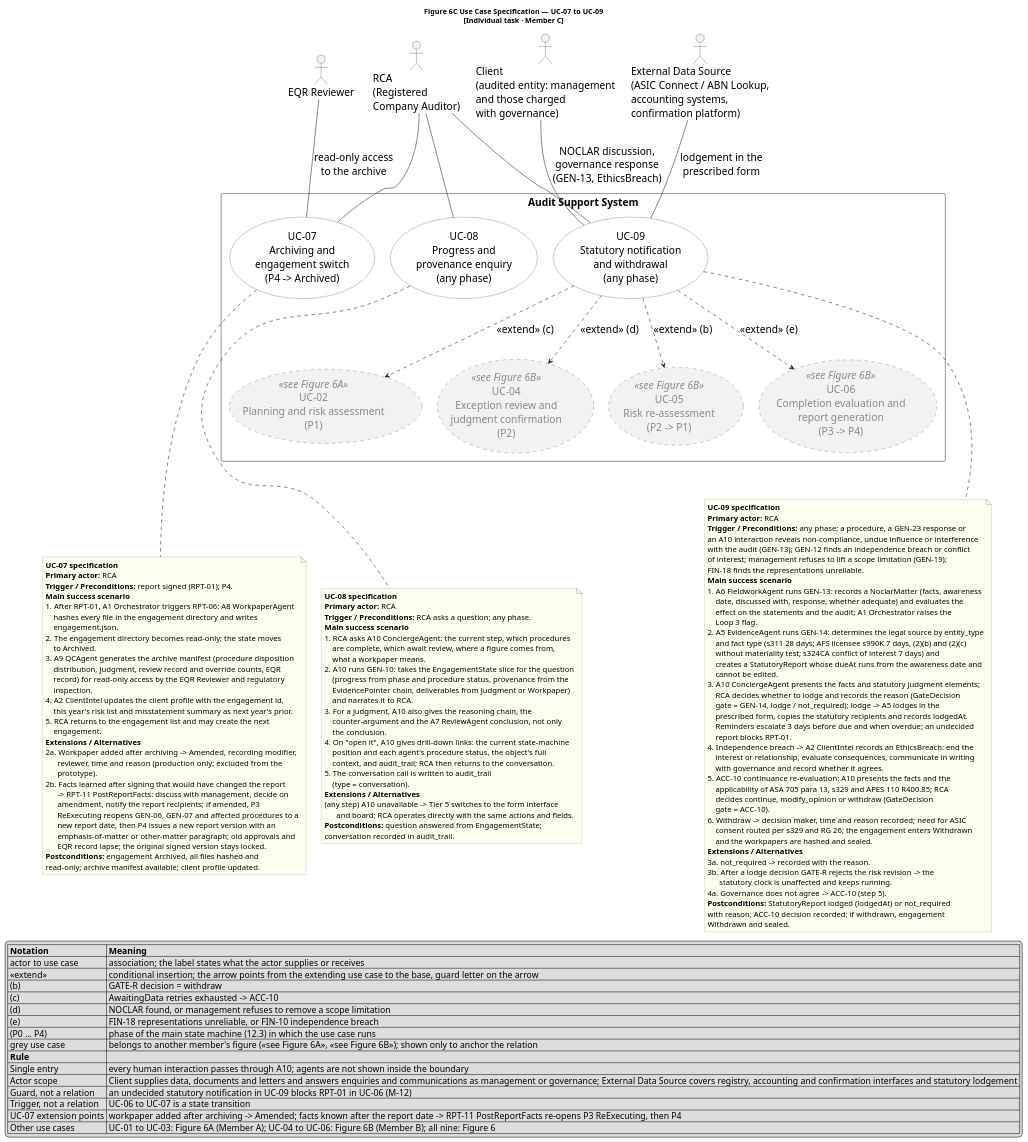
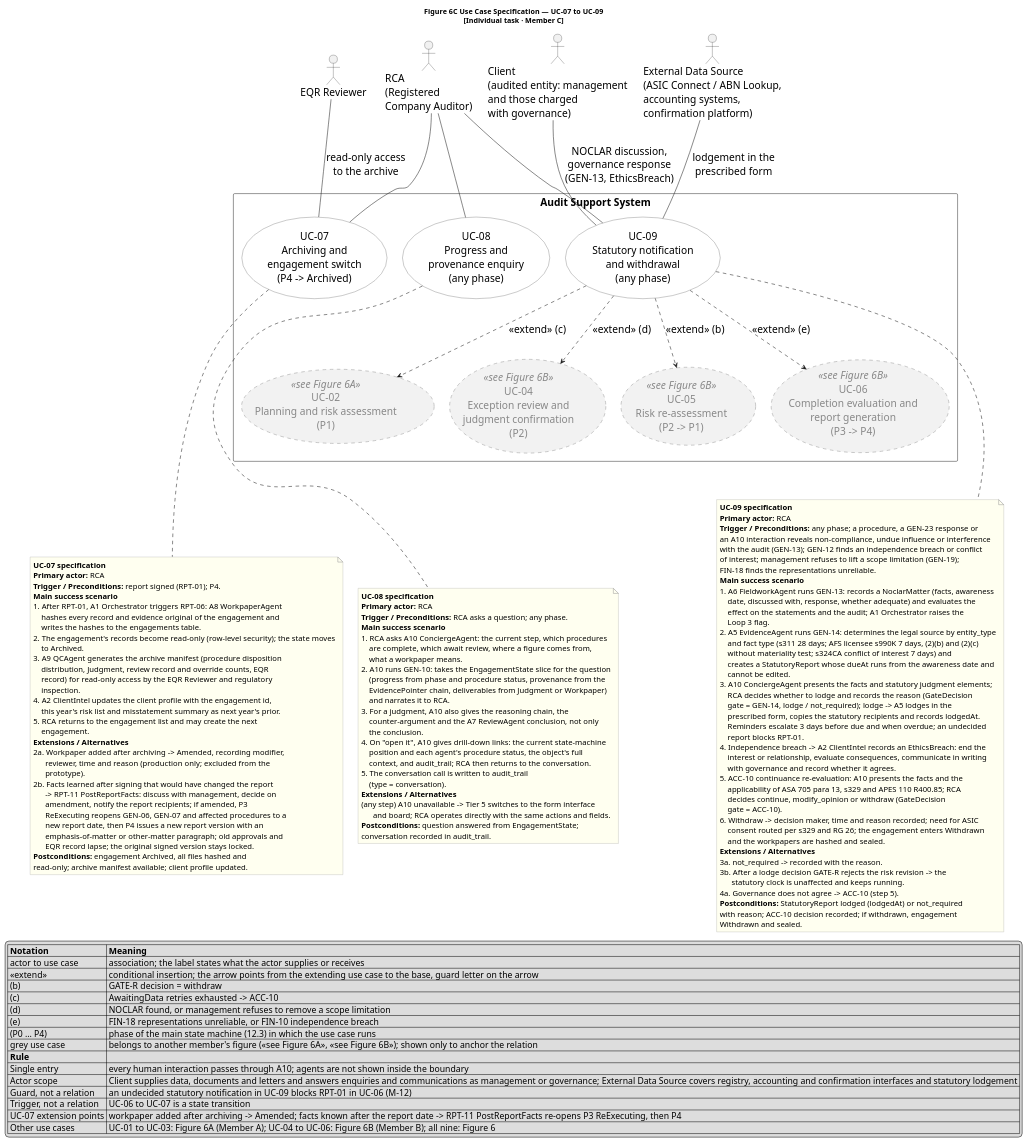
One commit to SilverHim/audit-agent changed the diagram in diagrams/usecase_spec_member_c.puml. Above: the diagram before and after it, drawn with PlantUML. The commit also changed 203 other files, not shown here.

```diff
--- a/diagrams/usecase_spec_member_c.puml
+++ b/diagrams/usecase_spec_member_c.puml
@@ -1,196 +1,196 @@
 @startuml usecase_spec_member_c
 title Figure 6C  Use Case Specification — UC-07 to UC-09\n[Individual task · Member C]
 
 skinparam shadowing false
 skinparam defaultFontSize 20
 skinparam packageStyle rectangle
 skinparam nodesep 30
 skinparam ranksep 90
 skinparam usecase {
   BackgroundColor #FFFFFF
   BorderColor #333333
 }
 skinparam rectangle {
   BorderColor #333333
   BackgroundColor #FFFFFF
 }
 skinparam note {
   FontSize 15
   BackgroundColor #FFFFF0
   BorderColor #999999
 }
 skinparam legend {
   FontSize 17
 }
 
 ' ================= Actors (top row) =================
 actor "EQR Reviewer" as EQR
 actor "RCA\n(Registered\nCompany Auditor)" as RCA
 actor "Client\n(audited entity: management\nand those charged\nwith governance)" as CL
 actor "External Data Source\n(ASIC Connect / ABN Lookup,\naccounting systems,\nconfirmation platform)" as EXT
 
 ' ================= System boundary =================
 rectangle "Audit Support System" as SYS {
   usecase "UC-07\nArchiving and\nengagement switch\n(P4 -> Archived)" as UC07
   usecase "UC-08\nProgress and\nprovenance enquiry\n(any phase)" as UC08
   usecase "UC-09\nStatutory notification\nand withdrawal\n(any phase)" as UC09
   usecase "UC-02\nPlanning and risk assessment\n(P1)" as UC02 <<see Figure 6A>> #F2F2F2;line:999999;text:888888;line.dashed
   usecase "UC-04\nException review and\njudgment confirmation\n(P2)" as UC04 <<see Figure 6B>> #F2F2F2;line:999999;text:888888;line.dashed
   usecase "UC-05\nRisk re-assessment\n(P2 -> P1)" as UC05 <<see Figure 6B>> #F2F2F2;line:999999;text:888888;line.dashed
   usecase "UC-06\nCompletion evaluation and\nreport generation\n(P3 -> P4)" as UC06 <<see Figure 6B>> #F2F2F2;line:999999;text:888888;line.dashed
 }
 
 ' ================= Associations =================
 RCA -- UC07
 RCA -- UC08
 RCA -- UC09
 
 CL -- UC09 : NOCLAR discussion,\ngovernance response\n(GEN-13, EthicsBreach)
 EXT -- UC09 : lodgement in the\nprescribed form
 EQR -- UC07 : read-only access\nto the archive
 
 ' ================= Use case relations (base use cases are in Figures 6A and 6B) =================
 UC09 .down.> UC05 : <<extend>> (b)
 UC09 .down.> UC02 : <<extend>> (c)
 UC09 .down.> UC04 : <<extend>> (d)
 UC09 .down.> UC06 : <<extend>> (e)
 
 ' ================= Use case specifications =================
 note as N07
 **UC-07 specification**
 **Primary actor:** RCA
 **Trigger / Preconditions:** report signed (RPT-01); P4.
 **Main success scenario**
 1. After RPT-01, A1 Orchestrator triggers RPT-06: A8 WorkpaperAgent
-    hashes every file in the engagement directory and writes
-    engagement.json.
-2. The engagement directory becomes read-only; the state moves
+    hashes every record and evidence original of the engagement and
+    writes the hashes to the engagements table.
+2. The engagement's records become read-only (row-level security); the state moves
     to Archived.
 3. A9 QCAgent generates the archive manifest (procedure disposition
     distribution, Judgment, review record and override counts, EQR
     record) for read-only access by the EQR Reviewer and regulatory
     inspection.
 4. A2 ClientIntel updates the client profile with the engagement id,
     this year's risk list and misstatement summary as next year's prior.
 5. RCA returns to the engagement list and may create the next
     engagement.
 **Extensions / Alternatives**
 2a. Workpaper added after archiving -> Amended, recording modifier,
       reviewer, time and reason (production only; excluded from the
       prototype).
 2b. Facts learned after signing that would have changed the report
       -> RPT-11 PostReportFacts: discuss with management, decide on
       amendment, notify the report recipients; if amended, P3
       ReExecuting reopens GEN-06, GEN-07 and affected procedures to a
       new report date, then P4 issues a new report version with an
       emphasis-of-matter or other-matter paragraph; old approvals and
       EQR record lapse; the original signed version stays locked.
 **Postconditions:** engagement Archived, all files hashed and
 read-only; archive manifest available; client profile updated.
 end note
 
 note as N08
 **UC-08 specification**
 **Primary actor:** RCA
 **Trigger / Preconditions:** RCA asks a question; any phase.
 **Main success scenario**
 1. RCA asks A10 ConciergeAgent: the current step, which procedures
     are complete, which await review, where a figure comes from,
     what a workpaper means.
 2. A10 runs GEN-10: takes the EngagementState slice for the question
     (progress from phase and procedure status, provenance from the
     EvidencePointer chain, deliverables from Judgment or Workpaper)
     and narrates it to RCA.
 3. For a judgment, A10 also gives the reasoning chain, the
     counter-argument and the A7 ReviewAgent conclusion, not only
     the conclusion.
 4. On "open it", A10 gives drill-down links: the current state-machine
     position and each agent's procedure status, the object's full
     context, and audit_trail; RCA then returns to the conversation.
 5. The conversation call is written to audit_trail
     (type = conversation).
 **Extensions / Alternatives**
 (any step) A10 unavailable -> Tier 5 switches to the form interface
       and board; RCA operates directly with the same actions and fields.
 **Postconditions:** question answered from EngagementState;
 conversation recorded in audit_trail.
 end note
 
 note as N09
 **UC-09 specification**
 **Primary actor:** RCA
 **Trigger / Preconditions:** any phase; a procedure, a GEN-23 response or
 an A10 interaction reveals non-compliance, undue influence or interference
 with the audit (GEN-13); GEN-12 finds an independence breach or conflict
 of interest; management refuses to lift a scope limitation (GEN-19);
 FIN-18 finds the representations unreliable.
 **Main success scenario**
 1. A6 FieldworkAgent runs GEN-13: records a NoclarMatter (facts, awareness
     date, discussed with, response, whether adequate) and evaluates the
     effect on the statements and the audit; A1 Orchestrator raises the
     Loop 3 flag.
 2. A5 EvidenceAgent runs GEN-14: determines the legal source by entity_type
     and fact type (s311 28 days; AFS licensee s990K 7 days, (2)(b) and (2)(c)
     without materiality test; s324CA conflict of interest 7 days) and
     creates a StatutoryReport whose dueAt runs from the awareness date and
     cannot be edited.
 3. A10 ConciergeAgent presents the facts and statutory judgment elements;
     RCA decides whether to lodge and records the reason (GateDecision
     gate = GEN-14, lodge / not_required); lodge -> A5 lodges in the
     prescribed form, copies the statutory recipients and records lodgedAt.
     Reminders escalate 3 days before due and when overdue; an undecided
     report blocks RPT-01.
 4. Independence breach -> A2 ClientIntel records an EthicsBreach: end the
     interest or relationship, evaluate consequences, communicate in writing
     with governance and record whether it agrees.
 5. ACC-10 continuance re-evaluation: A10 presents the facts and the
     applicability of ASA 705 para 13, s329 and APES 110 R400.85; RCA
     decides continue, modify_opinion or withdraw (GateDecision
     gate = ACC-10).
 6. Withdraw -> decision maker, time and reason recorded; need for ASIC
     consent routed per s329 and RG 26; the engagement enters Withdrawn
     and the workpapers are hashed and sealed.
 **Extensions / Alternatives**
 3a. not_required -> recorded with the reason.
 3b. After a lodge decision GATE-R rejects the risk revision -> the
       statutory clock is unaffected and keeps running.
 4a. Governance does not agree -> ACC-10 (step 5).
 **Postconditions:** StatutoryReport lodged (lodgedAt) or not_required
 with reason; ACC-10 decision recorded; if withdrawn, engagement
 Withdrawn and sealed.
 end note
 
 UC07 .down.. N07
 UC08 .down.. N08
 UC09 .down.. N09
 
 ' ================= Legend =================
 legend right
   |= Notation |= Meaning |
   | actor to use case | association; the label states what the actor supplies or receives |
   | <<extend>> | conditional insertion; the arrow points from the extending use case to the base, guard letter on the arrow |
   | (b) | GATE-R decision = withdraw |
   | (c) | AwaitingData retries exhausted -> ACC-10 |
   | (d) | NOCLAR found, or management refuses to remove a scope limitation |
   | (e) | FIN-18 representations unreliable, or FIN-10 independence breach |
   | (P0 … P4) | phase of the main state machine (12.3) in which the use case runs |
   | grey use case | belongs to another member's figure (<<see Figure 6A>>, <<see Figure 6B>>); shown only to anchor the relation |
   |= Rule |= |
   | Single entry | every human interaction passes through A10; agents are not shown inside the boundary |
   | Actor scope | Client supplies data, documents and letters and answers enquiries and communications as management or governance; External Data Source covers registry, accounting and confirmation interfaces and statutory lodgement |
   | Guard, not a relation | an undecided statutory notification in UC-09 blocks RPT-01 in UC-06 (M-12) |
   | Trigger, not a relation | UC-06 to UC-07 is a state transition |
   | UC-07 extension points | workpaper added after archiving -> Amended; facts known after the report date -> RPT-11 PostReportFacts re-opens P3 ReExecuting, then P4 |
   | Other use cases | UC-01 to UC-03: Figure 6A (Member A); UC-04 to UC-06: Figure 6B (Member B); all nine: Figure 6 |
 endlegend
 
 ' ================= Layout =================
 EQR -[hidden]right- RCA
 RCA -[hidden]right- CL
 CL -[hidden]right- EXT
 UC07 -[hidden]right- UC08
 UC08 -[hidden]right- UC09
 UC06 -[hidden]down- N09
 N07 -[hidden]right- N08
 N08 -[hidden]right- N09
 @enduml
```
